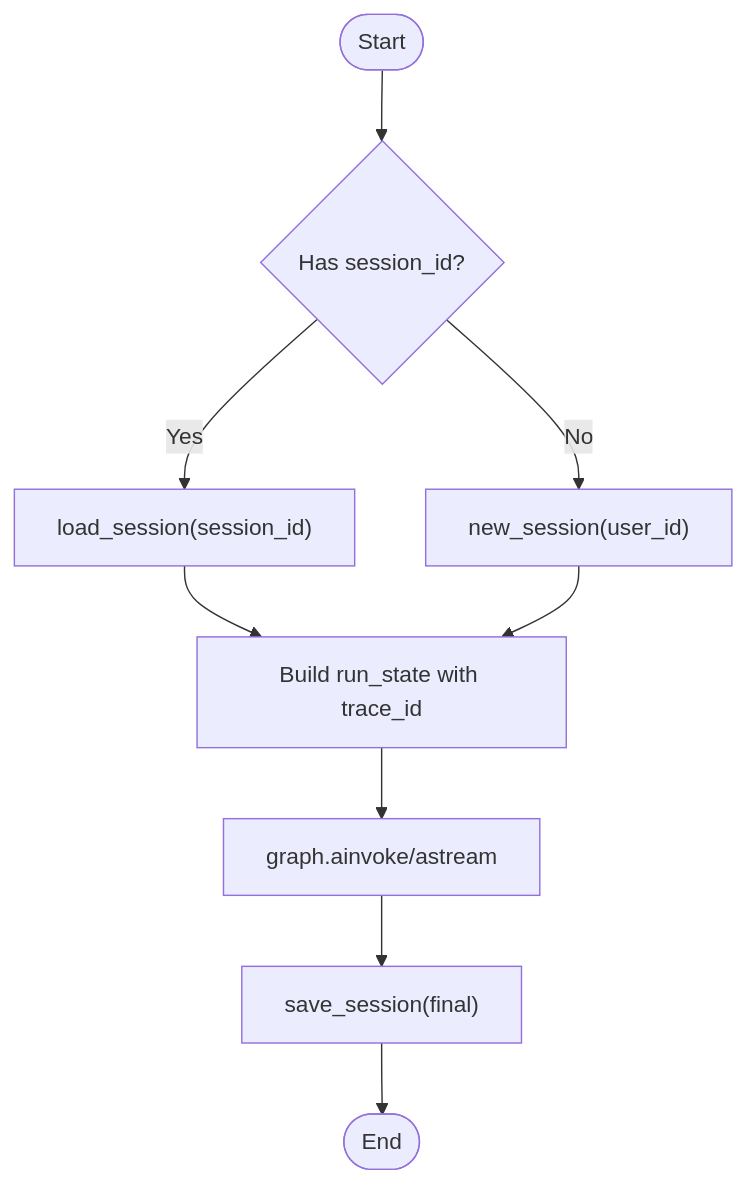
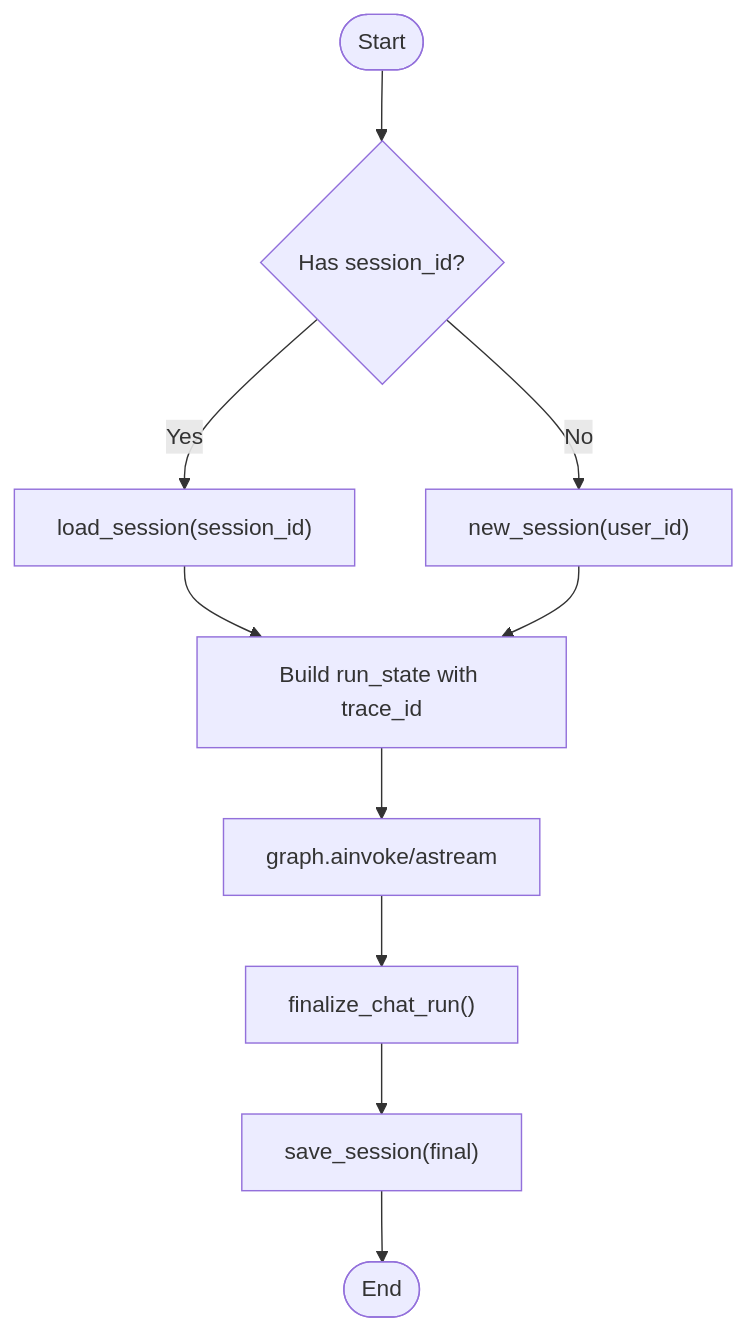
One commit to genes8/private-ai changed the fifth of 7 diagrams in .qoder/repowiki/en/content/Backend Development/API Endpoints/Chat Endpoints.md. Above: the diagram before and after it, drawn with Mermaid. The commit also changed other lines of this file and 12 other files, not shown here.

````diff
--- a/.qoder/repowiki/en/content/Backend Development/API Endpoints/Chat Endpoints.md
+++ b/.qoder/repowiki/en/content/Backend Development/API Endpoints/Chat Endpoints.md
@@ -276,11 +325,12 @@
 ```mermaid
 flowchart TD
 Start(["Start"]) --> NewOrLoad{"Has session_id?"}
 NewOrLoad --> |Yes| Load["load_session(session_id)"]
 NewOrLoad --> |No| Create["new_session(user_id)"]
 Load --> RunState["Build run_state with trace_id"]
 Create --> RunState
 RunState --> GraphExec["graph.ainvoke/astream"]
-GraphExec --> Save["save_session(final)"]
+GraphExec --> PostProcess["finalize_chat_run()"]
+PostProcess --> Save["save_session(final)"]
 Save --> End(["End"])
 ```
````
